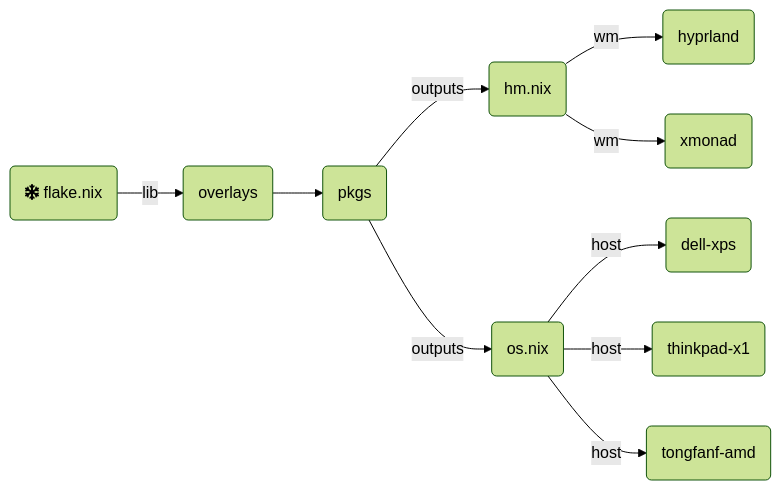
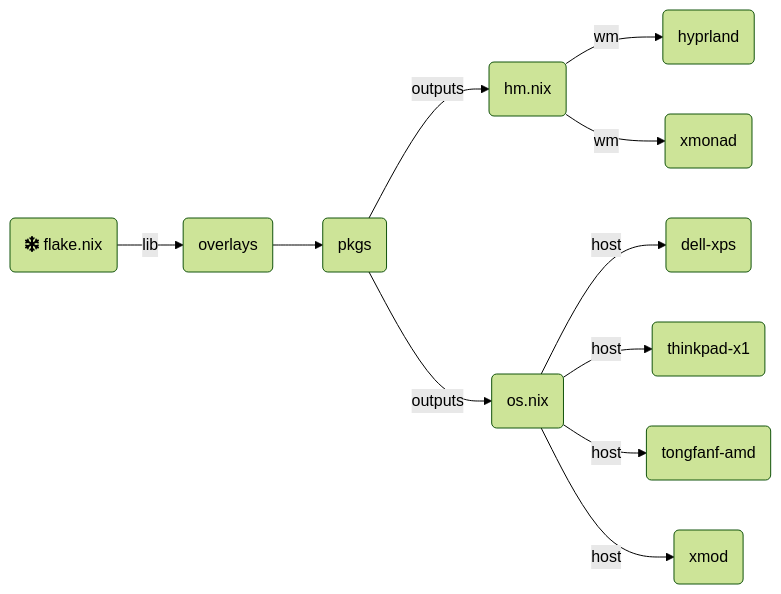
One commit to gvolpe/nix-config changed the diagram in README.md. Above: the diagram before and after it, drawn with Mermaid. The commit also changed other lines of this file and 5 other files, not shown here.

````diff
--- a/README.md
+++ b/README.md
@@ -120,20 +120,21 @@
 ```mermaid
 ---
 config:
   theme: forest
 ---
 
 flowchart LR
     A(fa:fa-snowflake flake.nix) --> |lib| B(overlays)
     B --> C(pkgs)
     
     C --> |outputs| D(hm.nix)
     C --> |outputs| E(os.nix)
     
     D --> |wm| F(hyprland)
     D --> |wm| G(xmonad)
 
     E --> |host| H(dell-xps)
     E --> |host| I(thinkpad-x1)
     E --> |host| J(tongfanf-amd)
+    E --> |host| K(xmod)
 ```
````
